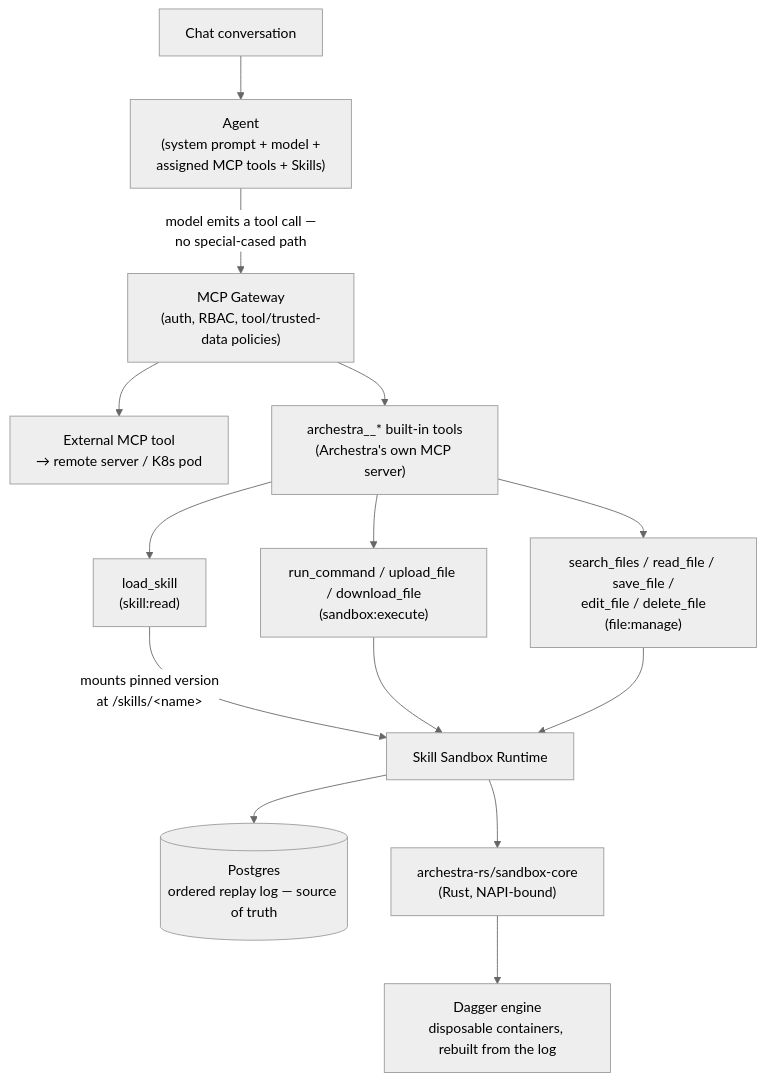
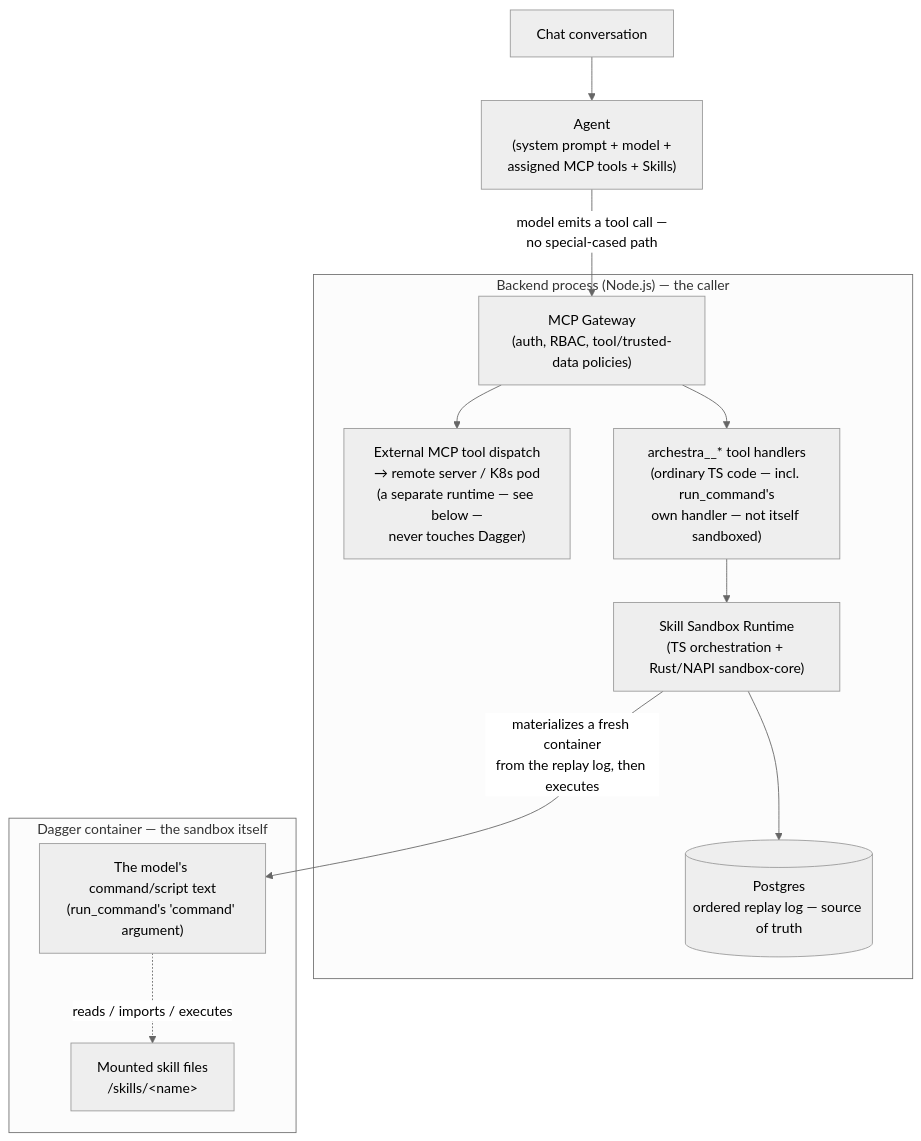
Before and after one commit to achyuthsamudrala/archestra: the first of 4 diagrams in docs/architecture/07-agents-skills-sandbox.md, drawn with Mermaid (neutral theme). The commit also changed other lines of this file, not shown here.

Commit message:
docs: clarify caller-vs-payload boundary in sandbox diagram
The prior diagram could be misread as "the archestra__* MCP server
runs inside the sandbox." Splits the flowchart into two explicit
subgraphs -- the backend process (where every archestra__* tool
handler, including run_command's own handler, actually executes) vs.
the Dagger container (where only the model's command/script argument
runs) -- and adds a bullet spelling out that installed MCP servers
(local K8s pods or remote) are a separate execution path that never
touches Dagger, regardless of which tool triggered them.

````diff
--- a/docs/architecture/07-agents-skills-sandbox.md
+++ b/docs/architecture/07-agents-skills-sandbox.md
@@ -9,20 +9,20 @@
 ```mermaid
 flowchart TB
     Conv["Chat conversation"] --> Agent["Agent<br/>(system prompt + model +<br/>assigned MCP tools + Skills)"]
     Agent -->|"model emits a tool call —<br/>no special-cased path"| Gateway["MCP Gateway<br/>(auth, RBAC, tool/trusted-data policies)"]
 
-    Gateway --> External["External MCP tool<br/>→ remote server / K8s pod"]
-    Gateway --> BuiltIn["archestra__* built-in tools<br/>(Archestra's own MCP server)"]
+    subgraph Backend["Backend process (Node.js) — the caller"]
+        Gateway --> External["External MCP tool dispatch<br/>→ remote server / K8s pod<br/>(a separate runtime — see below —<br/>never touches Dagger)"]
+        Gateway --> BuiltIn["archestra__* tool handlers<br/>(ordinary TS code — incl. run_command's<br/>own handler — not itself sandboxed)"]
+        BuiltIn --> Orchestration["Skill Sandbox Runtime<br/>(TS orchestration + Rust/NAPI sandbox-core)"]
+        Orchestration --> PG[("Postgres<br/>ordered replay log — source of truth")]
+    end
 
-    BuiltIn --> LoadSkill["load_skill<br/>(skill:read)"]
-    BuiltIn --> Exec["run_command / upload_file / download_file<br/>(sandbox:execute)"]
-    BuiltIn --> Files["search_files / read_file / save_file /<br/>edit_file / delete_file<br/>(file:manage)"]
+    subgraph Sandbox["Dagger container — the sandbox itself"]
+        Payload["The model's command/script text<br/>(run_command's 'command' argument)"]
+        SkillFiles["Mounted skill files<br/>/skills/&lt;name&gt;"]
+        Payload -.->|"reads / imports / executes"| SkillFiles
+    end
 
-    LoadSkill -->|"mounts pinned version<br/>at /skills/&lt;name&gt;"| Runtime
-    Exec --> Runtime["Skill Sandbox Runtime"]
-    Files --> Runtime
-
-    Runtime --> PG[("Postgres<br/>ordered replay log — source of truth")]
-    Runtime --> Rust["archestra-rs/sandbox-core<br/>(Rust, NAPI-bound)"]
-    Rust --> Dagger["Dagger engine<br/>disposable containers, rebuilt from the log"]
+    Orchestration -->|"materializes a fresh container<br/>from the replay log, then executes"| Payload
 ```
````
